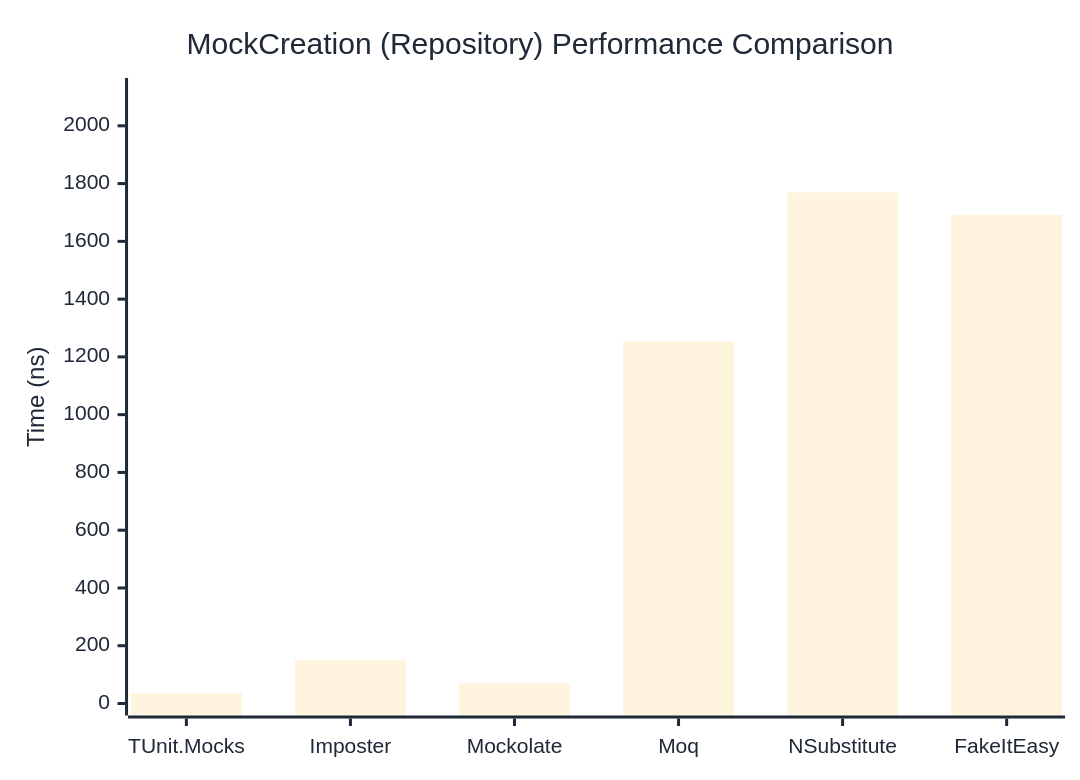
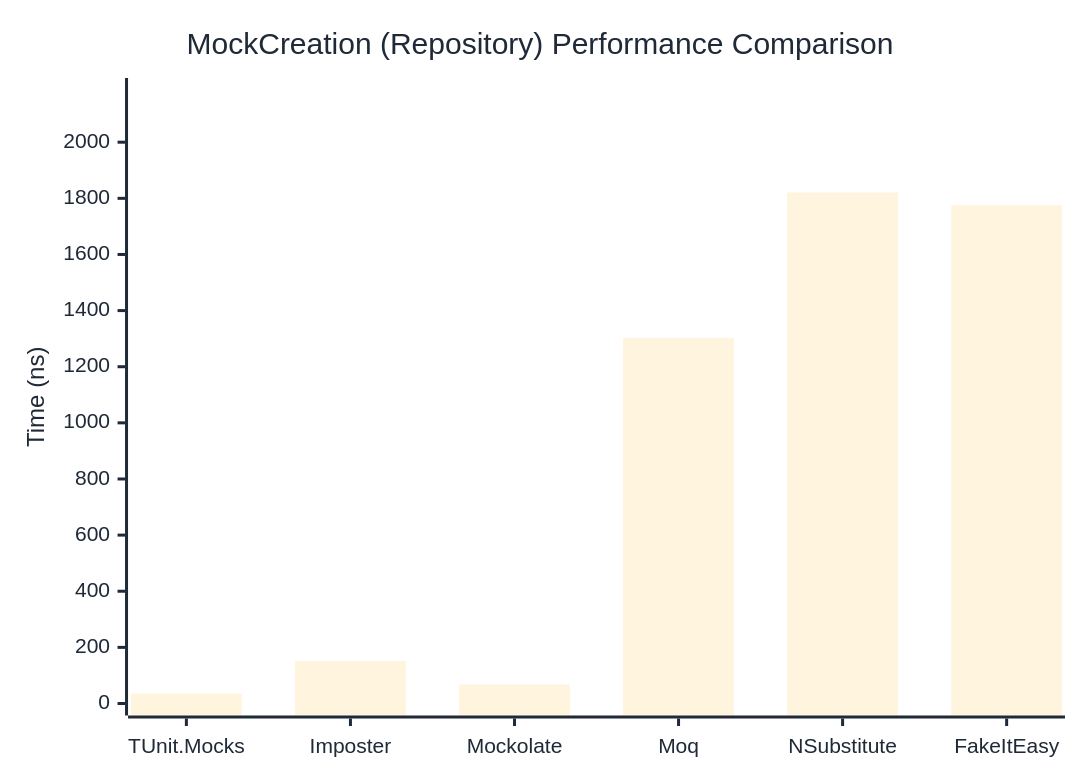
One commit to thomhurst/TUnit changed the second of 2 diagrams in docs/docs/benchmarks/mocks/MockCreation.md. Above: the diagram before and after it, drawn with Mermaid. The commit also changed other lines of this file and 14 other files, not shown here.

````diff
--- a/docs/docs/benchmarks/mocks/MockCreation.md
+++ b/docs/docs/benchmarks/mocks/MockCreation.md
@@ -69,27 +69,27 @@
 ```mermaid
 %%{init: {
   'theme':'base',
   'themeVariables': {
     'primaryColor': '#2563eb',
     'primaryTextColor': '#1f2937',
     'primaryBorderColor': '#1e40af',
     'lineColor': '#6b7280',
     'secondaryColor': '#7c3aed',
     'tertiaryColor': '#dc2626',
     'background': '#ffffff',
     'pie1': '#2563eb',
     'pie2': '#7c3aed',
     'pie3': '#dc2626',
     'pie4': '#f59e0b',
     'pie5': '#10b981',
     'pie6': '#06b6d4',
     'pie7': '#ec4899',
     'pie8': '#6366f1'
   }
 }}%%
 xychart-beta
   title "MockCreation (Repository) Performance Comparison"
   x-axis ["TUnit.Mocks", "Imposter", "Mockolate", "Moq", "NSubstitute", "FakeItEasy"]
-  y-axis "Time (ns)" 0 --> 2124
-  bar [35.74, 149.85, 69.98, 1253.25, 1769.68, 1691.85]
+  y-axis "Time (ns)" 0 --> 2186
+  bar [35.63, 151.45, 68, 1302.73, 1820.87, 1775.2]
 ```
````
